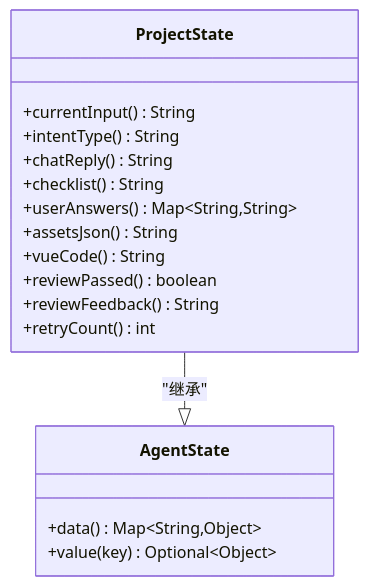
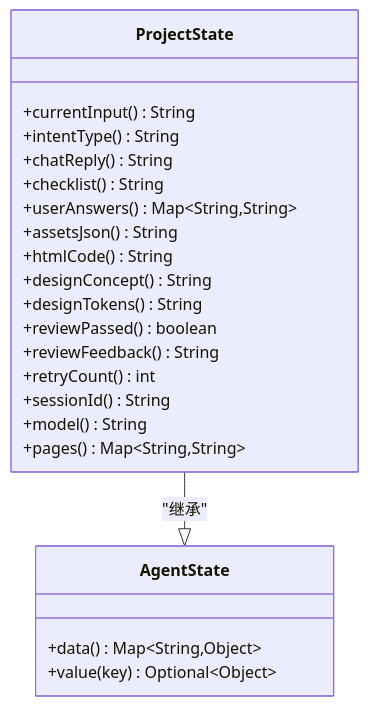
Before and after one commit to CyanYuKi/WebSiteFrontendCodeMother: the fifth of 9 diagrams in .qoder/repowiki/zh/content/AI工作流系统/工作流引擎核心/工作流引擎核心.md, drawn with Mermaid. The commit also changed other lines of this file and 16 other files, not shown here.

````diff
--- a/.qoder/repowiki/zh/content/AI工作流系统/工作流引擎核心/工作流引擎核心.md
+++ b/.qoder/repowiki/zh/content/AI工作流系统/工作流引擎核心/工作流引擎核心.md
@@ -250,20 +277,25 @@
 ```mermaid
 classDiagram
 class ProjectState {
 +currentInput() String
 +intentType() String
 +chatReply() String
 +checklist() String
 +userAnswers() Map~String,String~
 +assetsJson() String
-+vueCode() String
++htmlCode() String
++designConcept() String
++designTokens() String
 +reviewPassed() boolean
 +reviewFeedback() String
 +retryCount() int
++sessionId() String
++model() String
++pages() Map~String,String~
 }
 class AgentState {
 +data() Map~String,Object~
 +value(key) Optional~Object~
 }
 ProjectState --|> AgentState : "继承"
 ```
````
